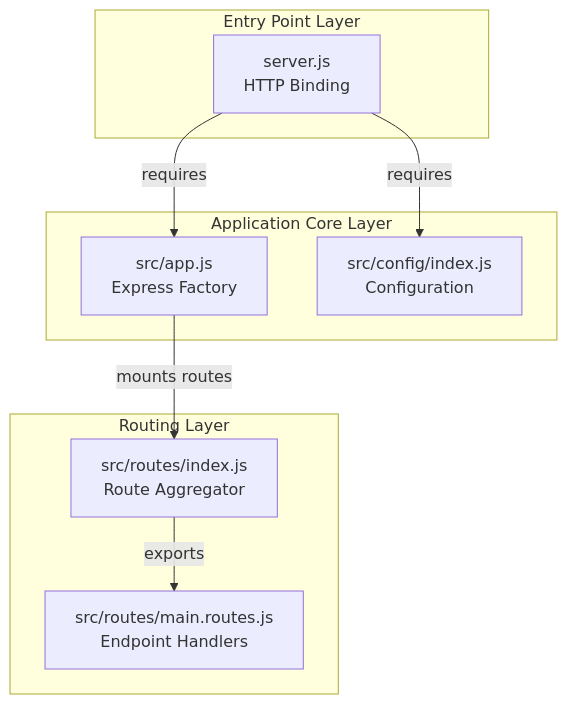
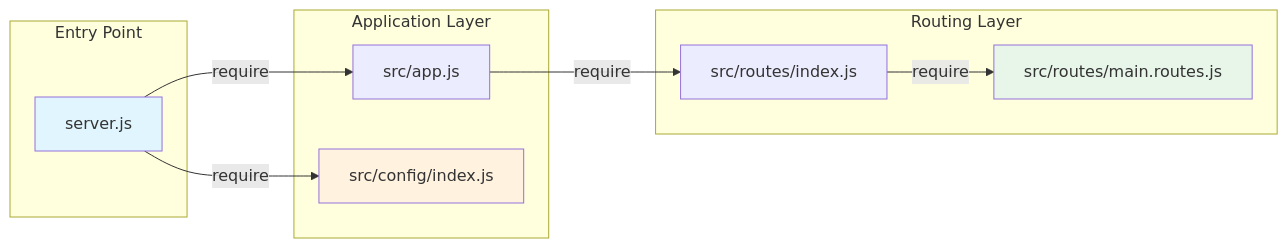
The second of 4 diagrams in blitzy/documentation/Technical Specifications.md (sudhanshu-spec/test-spec), drawn with Mermaid before and after one commit. The commit also changed other lines of this file, not shown here.

````diff
--- a/blitzy/documentation/Technical Specifications.md
+++ b/blitzy/documentation/Technical Specifications.md
@@ -243,21 +423,25 @@
 ```mermaid
-flowchart TB
-    subgraph EntryLayer["Entry Point Layer"]
-        ServerJS["server.js\nHTTP Binding"]
+flowchart LR
+    subgraph EntryPoint["Entry Point"]
+        server["server.js"]
     end
     
-    subgraph CoreLayer["Application Core Layer"]
-        AppJS["src/app.js\nExpress Factory"]
-        ConfigJS["src/config/index.js\nConfiguration"]
+    subgraph Application["Application Layer"]
+        app["src/app.js"]
+        config["src/config/index.js"]
     end
     
-    subgraph RouteLayer["Routing Layer"]
-        RouteIndex["src/routes/index.js\nRoute Aggregator"]
-        MainRoutes["src/routes/main.routes.js\nEndpoint Handlers"]
+    subgraph Routing["Routing Layer"]
+        routes["src/routes/index.js"]
+        main["src/routes/main.routes.js"]
     end
     
-    ServerJS -->|"requires"| AppJS
-    ServerJS -->|"requires"| ConfigJS
-    AppJS -->|"mounts routes"| RouteIndex
-    RouteIndex -->|"exports"| MainRoutes
+    server -->|require| app
+    server -->|require| config
+    app -->|require| routes
+    routes -->|require| main
+    
+    style server fill:#e1f5fe
+    style config fill:#fff3e0
+    style main fill:#e8f5e9
 ```
````
